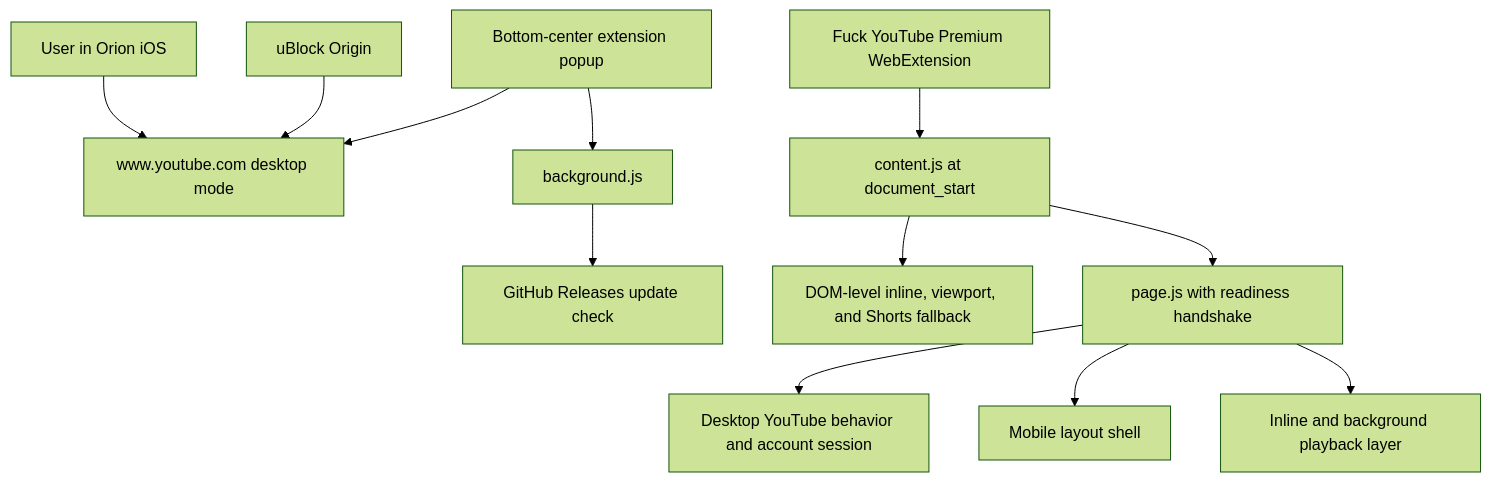
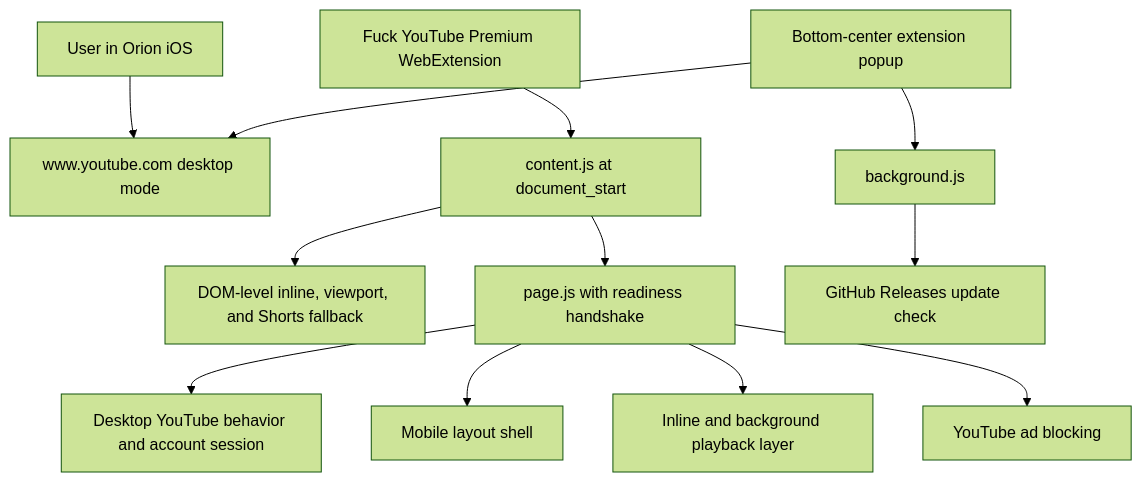
The first of 2 diagrams in ARCHITECTURE.md (aditauqir/fyp), drawn with Mermaid (forest theme) before and after one commit. The commit also changed other lines of this file and 26 other files, not shown here.

````diff
--- a/ARCHITECTURE.md
+++ b/ARCHITECTURE.md
@@ -20,14 +21,14 @@
 ```mermaid
 flowchart TD
     U["User in Orion iOS"] --> O["www.youtube.com desktop mode"]
     E["Fuck YouTube Premium WebExtension"] --> C["content.js at document_start"]
     C --> F["DOM-level inline, viewport, and Shorts fallback"]
     C --> P["page.js with readiness handshake"]
     P --> B["Desktop YouTube behavior and account session"]
     P --> M["Mobile layout shell"]
     P --> V["Inline and background playback layer"]
+    P --> D["YouTube ad blocking"]
     W["background.js"] --> G["GitHub Releases update check"]
     X["Bottom-center extension popup"] --> O
     X --> W
-    A["uBlock Origin"] --> O
 ```
````
